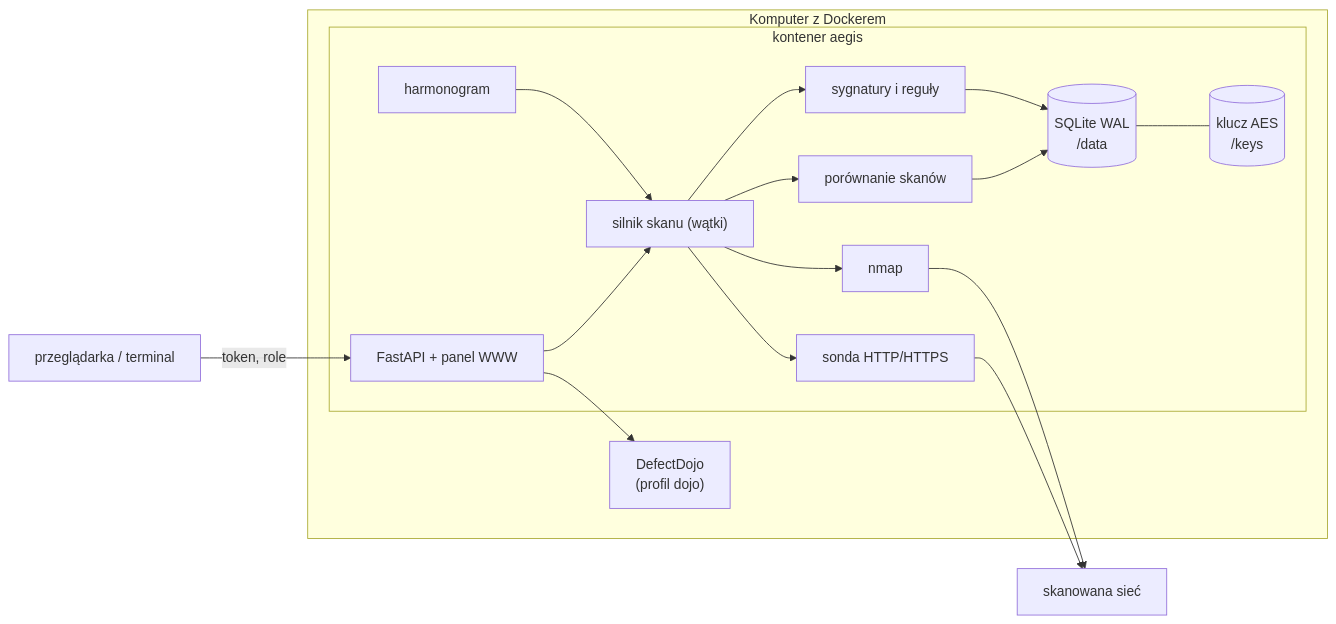
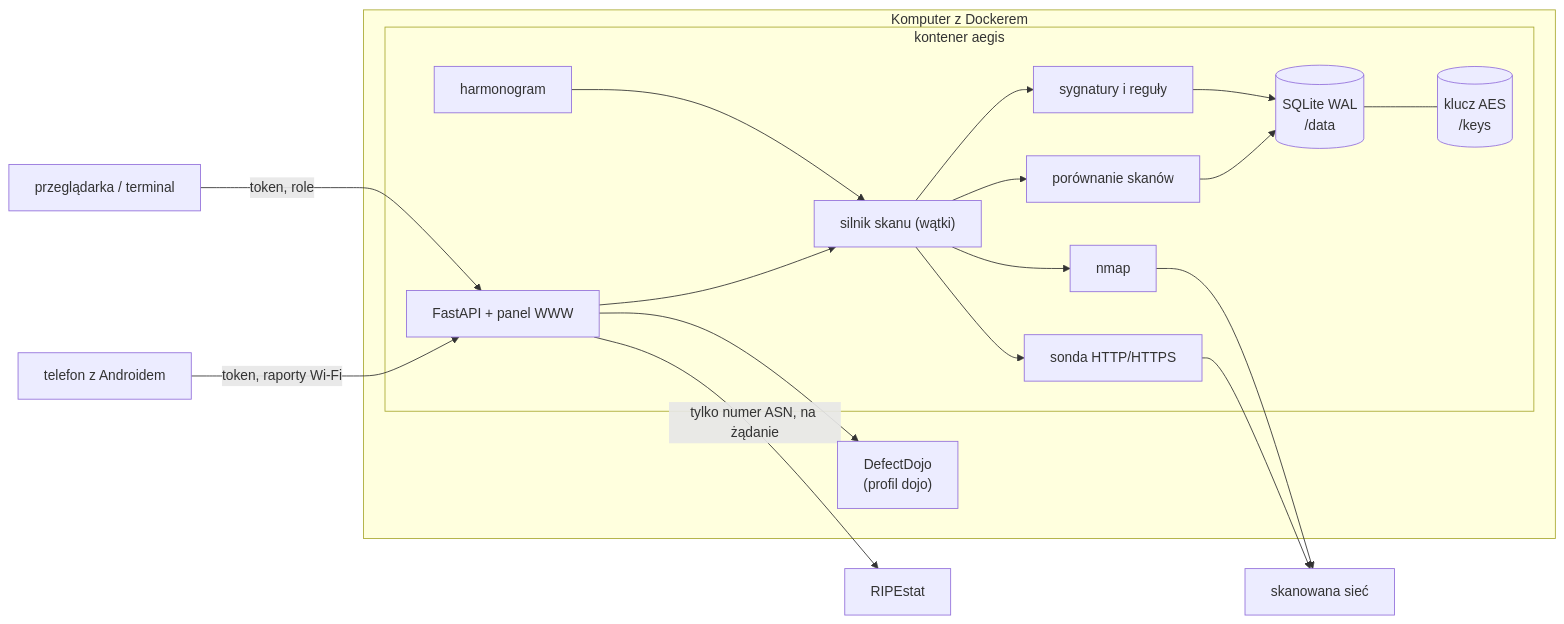
One commit to PI0B0R/AEGIS-MESH changed the diagram in docs/DOKUMENTACJA.md. Above: the diagram before and after it, drawn with Mermaid. The commit also changed other lines of this file and 2 other files, not shown here.

````diff
--- a/docs/DOKUMENTACJA.md
+++ b/docs/DOKUMENTACJA.md
@@ -44,26 +51,28 @@
 ```mermaid
 flowchart LR
   subgraph Laptop["Komputer z Dockerem"]
     subgraph AEGIS["kontener aegis"]
       API["FastAPI + panel WWW"]
       SCH["harmonogram"]
       ENG["silnik skanu (wątki)"]
       NMAP["nmap"]
       WEB["sonda HTTP/HTTPS"]
       SIG["sygnatury i reguły"]
       DIFF["porównanie skanów"]
       DB[("SQLite WAL\n/data")]
       KEY[("klucz AES\n/keys")]
     end
     DOJO["DefectDojo\n(profil dojo)"]
   end
   USER["przeglądarka / terminal"] -->|"token, role"| API
+  PHONE["telefon z Androidem"] -->|"token, raporty Wi-Fi"| API
+  API -->|"tylko numer ASN, na żądanie"| RIPE["RIPEstat"]
   SCH --> ENG
   API --> ENG
   ENG --> NMAP --> NET["skanowana sieć"]
   ENG --> WEB --> NET
   ENG --> SIG --> DB
   ENG --> DIFF --> DB
   DB --- KEY
   API --> DOJO
 ```
````
